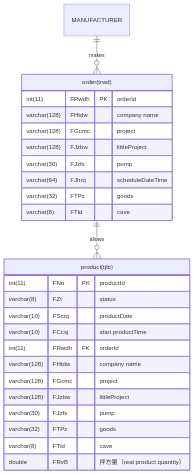
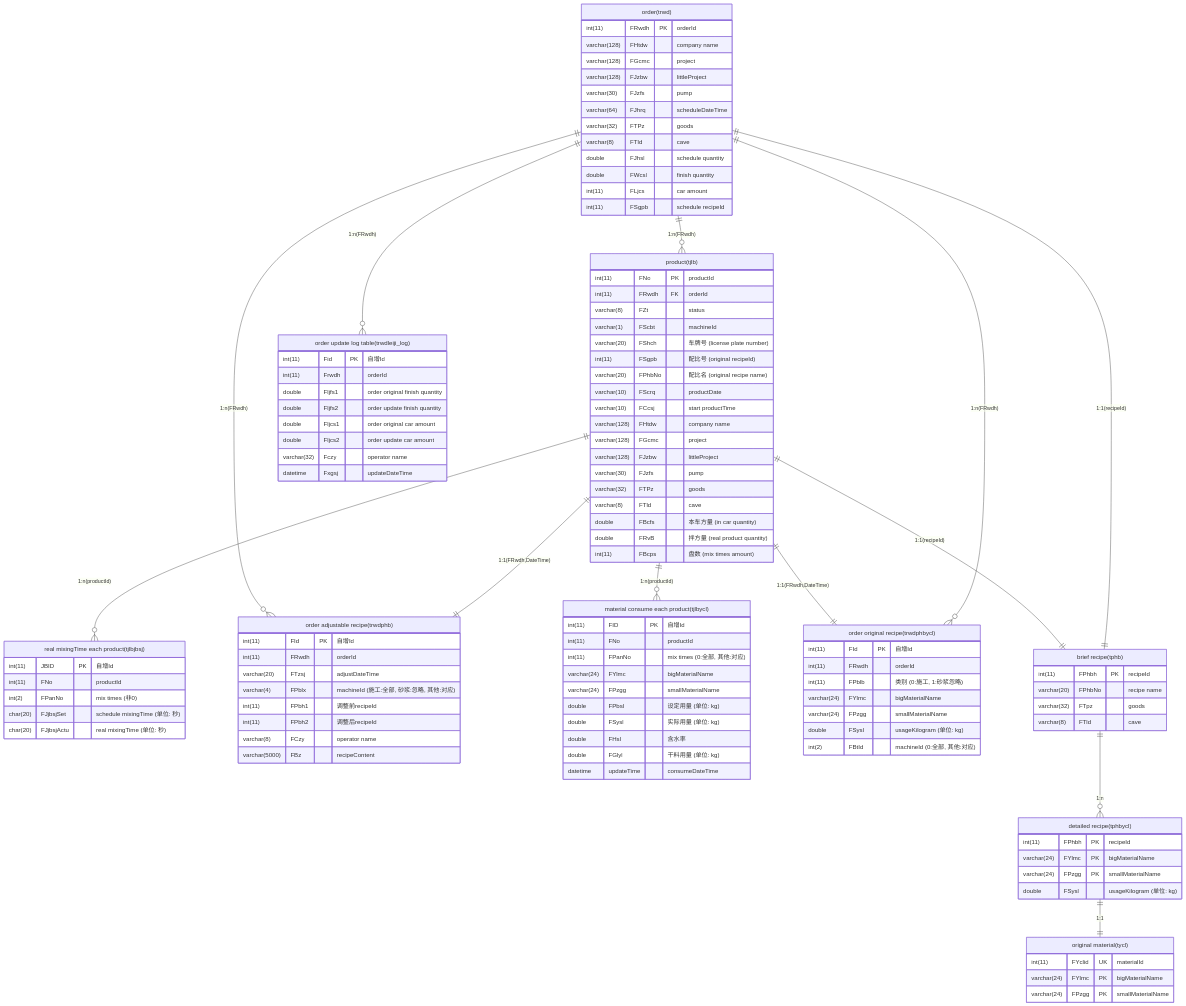
The first of 2 diagrams in README.md (kong-zj/SCG_TGL_assistant), drawn with Mermaid before and after one commit. The commit also changed other lines of this file, not shown here.

Commit message:
finish TGL ERD

````diff
--- a/README.md
+++ b/README.md
@@ -187,6 +227,30 @@
 ```mermaid
 erDiagram
-    "order(trwd)" ||--o{ "product(tjlb)" : allows
+
+    "product(tjlb)" || -- o{ "real mixingTime each product(tjlbjbsj)" : "1:n(productId)"
+    
+    "order(trwd)" || -- o{ "order adjustable recipe(trwdphb)" : "1:n(FRwdh)"
+
+    "product(tjlb)" || -- o{ "material consume each product(tjlbycl)" : "1:n(productId)"
+    
+    "product(tjlb)" || -- || "order original recipe(trwdphbycl)" : "1:1(FRwdh,DateTime)"
+    
+    "product(tjlb)" || -- || "order adjustable recipe(trwdphb)" : "1:1(FRwdh,DateTime)"
+    
+    "order(trwd)" || -- o{ "product(tjlb)" : "1:n(FRwdh)"
+    
+    "order(trwd)" || -- o{ "order original recipe(trwdphbycl)" : "1:n(FRwdh)"
+    
+    "brief recipe(tphb)" || -- o{ "detailed recipe(tphbycl)" : "1:n"
+    
+    "detailed recipe(tphbycl)" || -- || "original material(tycl)" : "1:1"
+    
+    "product(tjlb)" || -- || "brief recipe(tphb)" : "1:1(recipeId)"
+    
+    "order(trwd)" || -- || "brief recipe(tphb)" : "1:1(recipeId)"
+
+    "order(trwd)" || -- o{ "order update log table(trwdleiji_log)" : "1:n(FRwdh)"
+    
     "order(trwd)" {
         int(11) FRwdh PK "orderId"
         varchar(128) FHtdw "company name"
@@ -196,22 +260,103 @@
         varchar(64) FJhrq "scheduleDateTime"
         varchar(32) FTPz "goods"
         varchar(8) FTld "cave"
+        double FJhsl "schedule quantity"
+        double FWcsl "finish quantity"
+        int(11) FLjcs "car amount"
+        int(11) FSgpb "schedule recipeId"
     }
+    
     "product(tjlb)" {
         int(11) FNo PK "productId"
+        int(11) FRwdh FK "orderId"
         varchar(8) FZt "status"
+        varchar(1) FScbt "machineId"
+        varchar(20) FShch "车牌号 (license plate number)"
+        int(11) FSgpb "配比号 (original recipeId)"
+        varchar(20) FPhbNo "配比名 (original recipe name)"
         varchar(10) FScrq "productDate"
         varchar(10) FCcsj "start productTime"
-        int(11) FRwdh FK "orderId"
         varchar(128) FHtdw "company name"
         varchar(128) FGcmc "project"
         varchar(128) FJzbw "littleProject"
         varchar(30) FJzfs "pump"
         varchar(32) FTPz "goods"
         varchar(8) FTld "cave"
-        double FRvB "拌方量（real product quantity）"
+        double FBcfs "本车方量 (in car quantity)"
+        double FRvB "拌方量 (real product quantity)"
+        int(11) FBcps "盘数 (mix times amount)"
     }
 
-    MANUFACTURER only one to zero or more "order(trwd)" : makes
+    "order original recipe(trwdphbycl)" {
+        int(11) FId PK "自增Id"
+        int(11) FRwdh "orderId"
+        int(11) FPblb "类别 (0:施工, 1:砂浆忽略)"
+        varchar(24) FYlmc "bigMaterialName"
+        varchar(24) FPzgg "smallMaterialName"
+        double FSysl "usageKilogram (单位: kg)"
+        int(2) FBtId "machineId (0:全部, 其他:对应)"
+    }
 
+    "order adjustable recipe(trwdphb)" {
+        int(11) FId PK "自增Id"
+        int(11) FRwdh "orderId"
+        varchar(20) FTzsj "adjustDateTime"
+        varchar(4) FPblx "machineId (施工:全部, 砂浆:忽略, 其他:对应)"
+        int(11) FPbh1 "调整前recipeId"
+        int(11) FPbh2 "调整后recipeId"
+        varchar(8) FCzy "operator name"
+        varchar(5000) FBz "recipeContent"
+    }
+
+    "original material(tycl)" {
+        int(11) FYclid UK "materialId"
+        varchar(24) FYlmc PK "bigMaterialName"
+        varchar(24) FPzgg PK "smallMaterialName"
+    }
+
+    "brief recipe(tphb)" {
+        int(11) FPhbh PK "recipeId"
+        varchar(20) FPhbNo "recipe name"
+        varchar(32) FTpz "goods"
+        varchar(8) FTld "cave"
+    }
+
+    "detailed recipe(tphbycl)" {
+        int(11) FPhbh PK "recipeId"
+        varchar(24) FYlmc PK "bigMaterialName"
+        varchar(24) FPzgg PK "smallMaterialName"
+        double FSysl "usageKilogram (单位: kg)"
+    }
+
+    "material consume each product(tjlbycl)" {
+        int(11) FID PK "自增Id"
+        int(11) FNo "productId"
+        int(11) FPanNo "mix times (0:全部, 其他:对应)"
+        varchar(24) FYlmc "bigMaterialName"
+        varchar(24) FPzgg "smallMaterialName"
+        double FPbsl "设定用量 (单位: kg)"
+        double FSysl "实际用量 (单位: kg)"
+        double FHsl "含水率"
+        double FGlyl "干料用量 (单位: kg)"
+        datetime updateTime "consumeDateTime"
+    }
+
+    "real mixingTime each product(tjlbjbsj)" {
+        int(11) JBID PK "自增Id"
+        int(11) FNo "productId"
+        int(2) FPanNo "mix times (非0)"
+        char(20) FJjbsjSet "schedule mixingTime (单位: 秒)"
+        char(20) FJjbsjActu "real mixingTime (单位: 秒)"
+    }
+
+    "order update log table(trwdleiji_log)" {
+        int(11) Fid PK "自增Id"
+        int(11) Frwdh "orderId"
+        double Fljfs1 "order original finish quantity"
+        double Fljfs2 "order update finish quantity"
+        double Fljcs1 "order original car amount"
+        double Fljcs2 "order update car amount"
+        varchar(32) Fczy "operator name"
+        datetime Fxgsj "updateDateTime"
+    }
 ```
````
